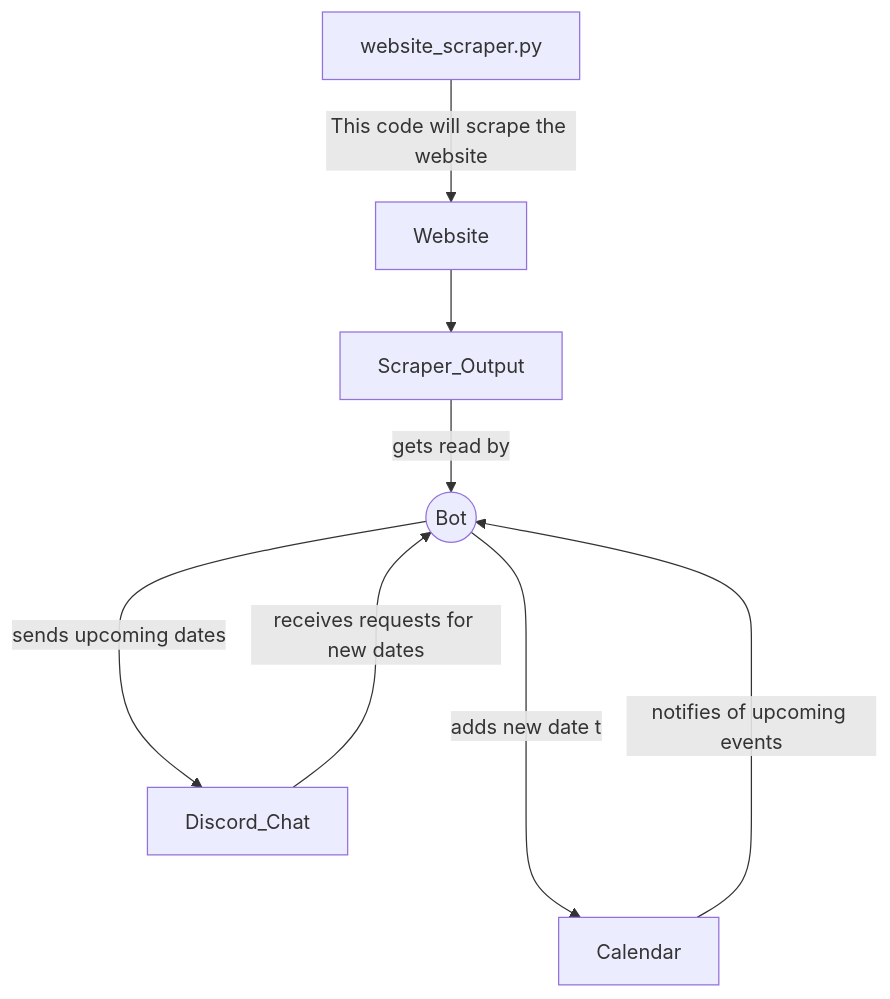
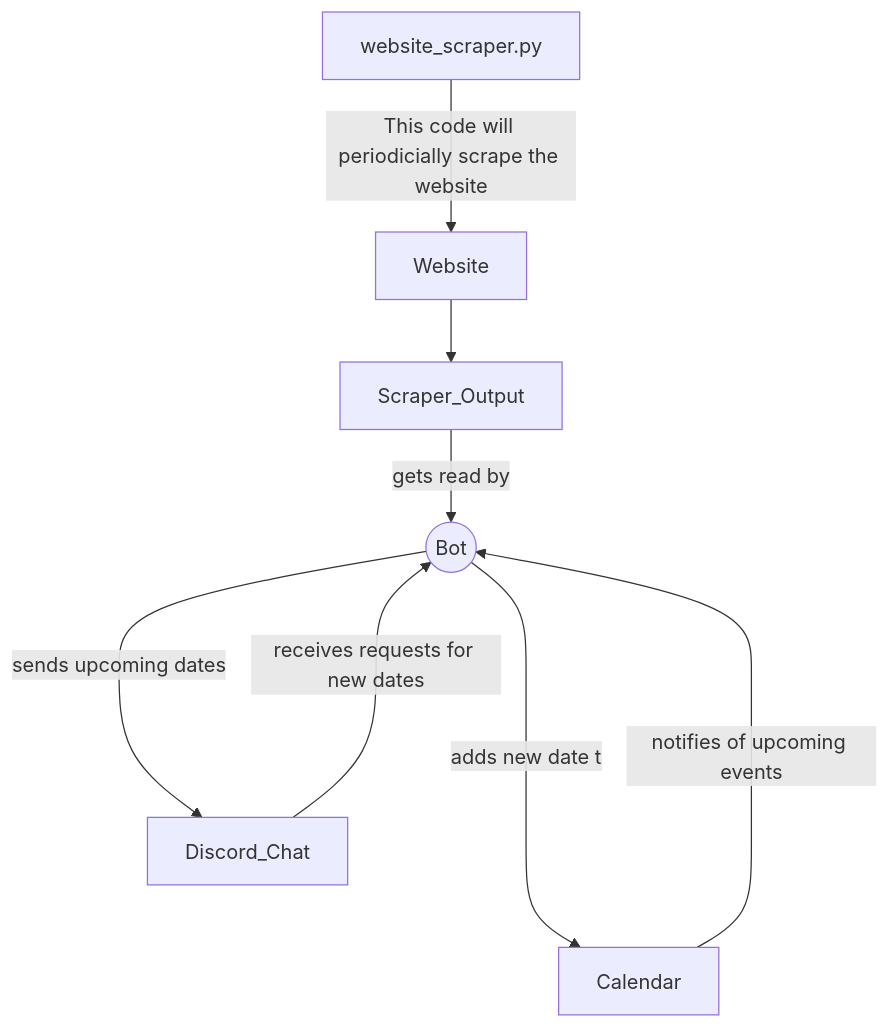
One commit to vesmor/ResearchBuddy changed the diagram in readme.md. Above: the diagram before and after it, drawn with Mermaid.

````diff
--- a/readme.md
+++ b/readme.md
@@ -38,11 +38,11 @@
 ```mermaid
 
 	graph TD;
-	website_scraper.py--This code will scrape the website-->Website;
+	website_scraper.py--This code will periodicially scrape the website-->Website;
     Website-->Scraper_Output;
     Scraper_Output--gets read by-->Bot;
     Calendar--notifies of upcoming events---->Bot((Bot));
     Bot--adds new date to-->Calendar;
     Discord_Chat--receives requests for new dates--->Bot
     Bot--sends upcoming dates-->Discord_Chat
 ```
````
